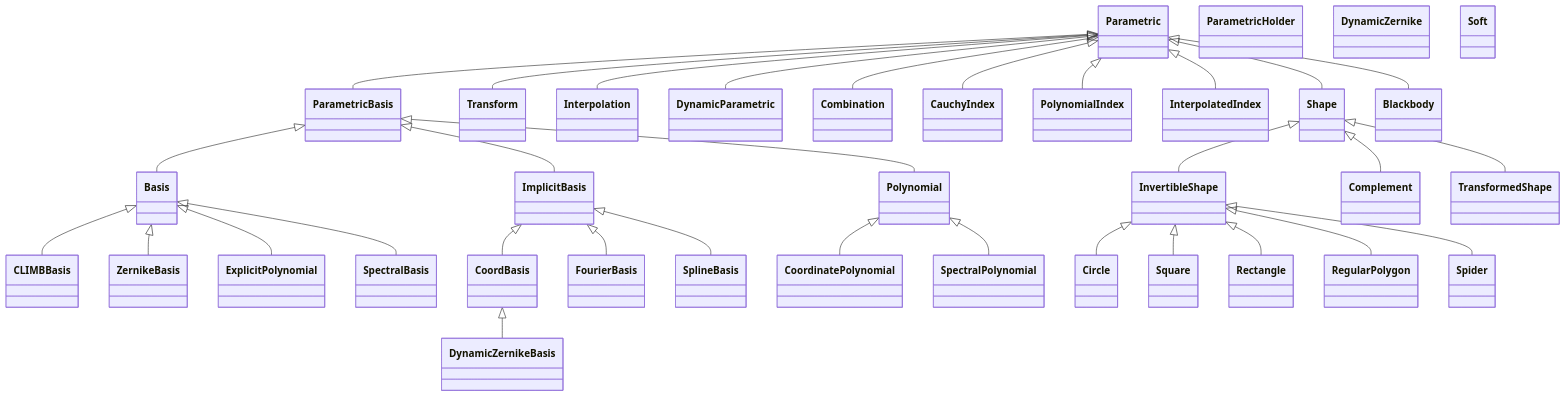
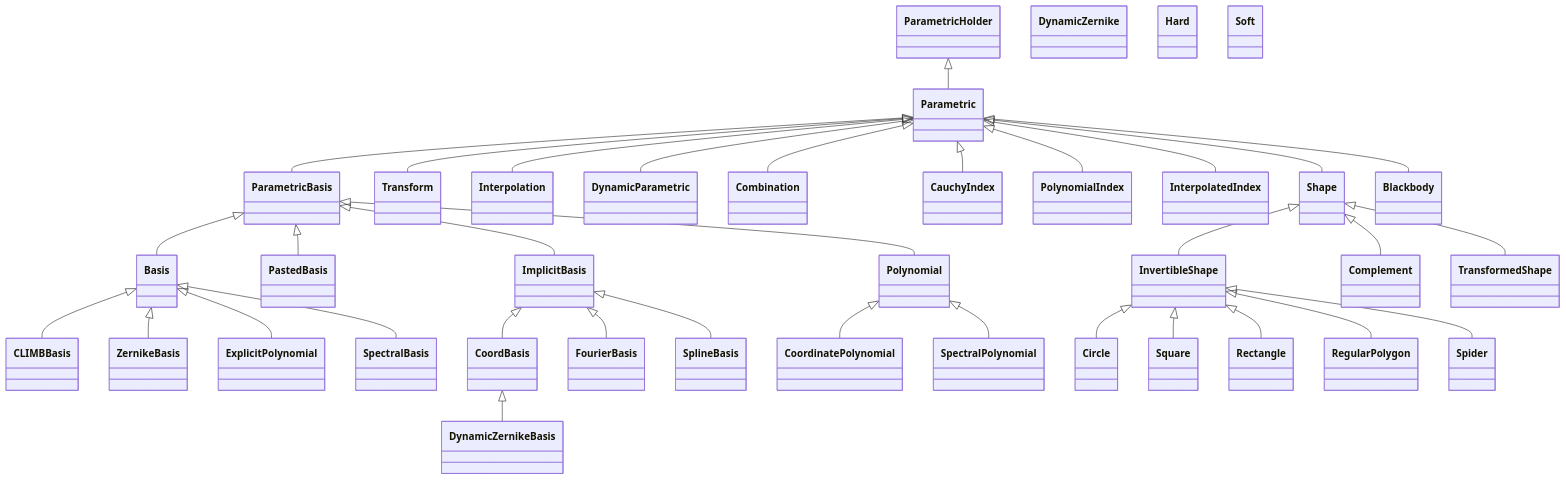
The diagram in docs/API/parametric/overview.md (LouisDesdoigts/dLux), drawn with Mermaid before and after one commit. The commit also changed 103 other files, not shown here.

```diff
--- a/docs/API/parametric/overview.md
+++ b/docs/API/parametric/overview.md
@@ -6,6 +6,7 @@
 classDiagram
     class dLux_parametric_bases_ParametricBasis["ParametricBasis"]
     class dLux_parametric_bases_Basis["Basis"]
+    class dLux_parametric_bases_PastedBasis["PastedBasis"]
     class dLux_parametric_bases_ImplicitBasis["ImplicitBasis"]
     class dLux_parametric_bases_CoordBasis["CoordBasis"]
     class dLux_parametric_bases_CLIMBBasis["CLIMBBasis"]
@@ -28,6 +29,7 @@
     class dLux_parametric_refractive_InterpolatedIndex["InterpolatedIndex"]
     class dLux_parametric_shapes_Shape["Shape"]
     class dLux_parametric_shapes_InvertibleShape["InvertibleShape"]
+    class dLux_parametric_shapes_Hard["Hard"]
     class dLux_parametric_shapes_Soft["Soft"]
     class dLux_parametric_shapes_Circle["Circle"]
     class dLux_parametric_shapes_Square["Square"]
@@ -40,19 +42,22 @@
     class dLux_parametric_spectral_SpectralBasis["SpectralBasis"]
     class dLux_parametric_spectral_Blackbody["Blackbody"]
     dLux_parametric_parametrics_Parametric <|-- dLux_parametric_bases_ParametricBasis
-    click dLux_parametric_bases_ParametricBasis href "../bases/#dLux.parametric.bases.ParametricBasis" "Attributes: coefficients, shape · Properties: coeffs, c, alpha, coefficient_shape · Methods: evaluate_basis(), solve_basis()"
+    click dLux_parametric_bases_ParametricBasis href "../bases/#dLux.parametric.bases.ParametricBasis" "Attributes: coeffs, shape · Properties: coefficients, c, alpha · Methods: evaluate_basis(), solve_basis()"
     dLux_parametric_bases_ParametricBasis <|-- dLux_parametric_bases_Basis
-    click dLux_parametric_bases_Basis href "../bases/#dLux.parametric.bases.Basis" "Attributes: coefficients, shape, basis · Methods: evaluate(), solve_basis()"
+    click dLux_parametric_bases_Basis href "../bases/#dLux.parametric.bases.Basis" "Attributes: coeffs, shape, basis · Methods: evaluate(), solve_basis()"
+    dLux_parametric_bases_ParametricBasis <|-- dLux_parametric_bases_PastedBasis
+    click dLux_parametric_bases_PastedBasis href "../bases/#dLux.parametric.bases.PastedBasis" "Attributes: coeffs, shape, basis, spec, method · Methods: evaluate(), solve_basis()"
     dLux_parametric_bases_ParametricBasis <|-- dLux_parametric_bases_ImplicitBasis
-    click dLux_parametric_bases_ImplicitBasis href "../bases/#dLux.parametric.bases.ImplicitBasis" "Attributes: coefficients, shape · Methods: calculate_basis(), evaluate(), solve_basis()"
+    click dLux_parametric_bases_ImplicitBasis href "../bases/#dLux.parametric.bases.ImplicitBasis" "Attributes: coeffs, shape · Methods: calculate_basis(), evaluate(), solve_basis()"
     dLux_parametric_bases_ImplicitBasis <|-- dLux_parametric_bases_CoordBasis
-    click dLux_parametric_bases_CoordBasis href "../bases/#dLux.parametric.bases.CoordBasis" "Attributes: coefficients, shape · Methods: get_coordinates()"
+    click dLux_parametric_bases_CoordBasis href "../bases/#dLux.parametric.bases.CoordBasis" "Attributes: coeffs, shape · Methods: get_coordinates()"
     dLux_parametric_bases_Basis <|-- dLux_parametric_bases_CLIMBBasis
-    click dLux_parametric_bases_CLIMBBasis href "../bases/#dLux.parametric.bases.CLIMBBasis" "Attributes: coefficients, shape, basis, values, oversample · Methods: evaluate_latent(), evaluate()"
+    click dLux_parametric_bases_CLIMBBasis href "../bases/#dLux.parametric.bases.CLIMBBasis" "Attributes: coeffs, shape, basis, values, oversample · Methods: evaluate_latent(), evaluate()"
     dLux_parametric_bases_ImplicitBasis <|-- dLux_parametric_bases_FourierBasis
-    click dLux_parametric_bases_FourierBasis href "../bases/#dLux.parametric.bases.FourierBasis" "Attributes: coefficients, shape, kernels · Methods: calculate_basis(), evaluate(), resize()"
+    click dLux_parametric_bases_FourierBasis href "../bases/#dLux.parametric.bases.FourierBasis" "Attributes: coeffs, shape, kernels · Methods: calculate_basis(), evaluate(), resize()"
     dLux_parametric_bases_ImplicitBasis <|-- dLux_parametric_bases_SplineBasis
-    click dLux_parametric_bases_SplineBasis href "../bases/#dLux.parametric.bases.SplineBasis" "Attributes: coefficients, shape, knot_coords, sample_coords, method · Methods: calculate_basis(), evaluate()"
+    click dLux_parametric_bases_SplineBasis href "../bases/#dLux.parametric.bases.SplineBasis" "Attributes: coeffs, shape, knot_coords, sample_coords, method · Methods: calculate_basis(), evaluate()"
+    dLux_parametric_parametrics_ParametricHolder <|-- dLux_parametric_parametrics_Parametric
     click dLux_parametric_parametrics_Parametric href "../parametrics/#dLux.parametric.parametrics.Parametric" "Methods: evaluate(), map(), integrate()"
     click dLux_parametric_parametrics_ParametricHolder href "../parametrics/#dLux.parametric.parametrics.ParametricHolder" "Methods: resolve()"
     dLux_parametric_parametrics_Parametric <|-- dLux_parametric_parametrics_Transform
@@ -65,25 +70,26 @@
     click dLux_parametric_parametrics_Combination href "../parametrics/#dLux.parametric.parametrics.Combination" "Attributes: parametrics, operation · Methods: validate_operation(), combine(), values(), evaluate()"
     click dLux_parametric_polynomials_DynamicZernike href "../polynomials/#dLux.parametric.polynomials.DynamicZernike" "Attributes: j, n, m, name, _c, _k · Methods: calculate()"
     dLux_parametric_bases_Basis <|-- dLux_parametric_polynomials_ZernikeBasis
-    click dLux_parametric_polynomials_ZernikeBasis href "../polynomials/#dLux.parametric.polynomials.ZernikeBasis" "Attributes: coefficients, shape, basis"
+    click dLux_parametric_polynomials_ZernikeBasis href "../polynomials/#dLux.parametric.polynomials.ZernikeBasis" "Attributes: coeffs, shape, basis"
     dLux_parametric_bases_CoordBasis <|-- dLux_parametric_polynomials_DynamicZernikeBasis
-    click dLux_parametric_polynomials_DynamicZernikeBasis href "../polynomials/#dLux.parametric.polynomials.DynamicZernikeBasis" "Attributes: coefficients, shape, zernikes, nsides, diameter · Methods: calculate_basis()"
+    click dLux_parametric_polynomials_DynamicZernikeBasis href "../polynomials/#dLux.parametric.polynomials.DynamicZernikeBasis" "Attributes: coeffs, shape, zernikes, nsides, diameter · Methods: calculate_basis()"
     dLux_parametric_bases_ParametricBasis <|-- dLux_parametric_polynomials_Polynomial
-    click dLux_parametric_polynomials_Polynomial href "../polynomials/#dLux.parametric.polynomials.Polynomial" "Attributes: coefficients, shape, powers · Methods: calculate_basis(), evaluate(), solve_basis()"
+    click dLux_parametric_polynomials_Polynomial href "../polynomials/#dLux.parametric.polynomials.Polynomial" "Attributes: coeffs, shape, powers · Methods: calculate_basis(), evaluate(), solve_basis()"
     dLux_parametric_bases_Basis <|-- dLux_parametric_polynomials_ExplicitPolynomial
-    click dLux_parametric_polynomials_ExplicitPolynomial href "../polynomials/#dLux.parametric.polynomials.ExplicitPolynomial" "Attributes: coefficients, shape, basis, powers"
+    click dLux_parametric_polynomials_ExplicitPolynomial href "../polynomials/#dLux.parametric.polynomials.ExplicitPolynomial" "Attributes: coeffs, shape, basis, powers"
     dLux_parametric_polynomials_Polynomial <|-- dLux_parametric_polynomials_CoordinatePolynomial
-    click dLux_parametric_polynomials_CoordinatePolynomial href "../polynomials/#dLux.parametric.polynomials.CoordinatePolynomial" "Attributes: coefficients, shape, powers, ndim · Methods: calculate_basis()"
+    click dLux_parametric_polynomials_CoordinatePolynomial href "../polynomials/#dLux.parametric.polynomials.CoordinatePolynomial" "Attributes: coeffs, shape, powers, ndim · Methods: calculate_basis()"
     dLux_parametric_parametrics_Parametric <|-- dLux_parametric_refractive_CauchyIndex
-    click dLux_parametric_refractive_CauchyIndex href "../refractive/#dLux.parametric.refractive.CauchyIndex" "Attributes: coefficients, scale · Methods: evaluate()"
+    click dLux_parametric_refractive_CauchyIndex href "../refractive/#dLux.parametric.refractive.CauchyIndex" "Attributes: coeffs, scale · Properties: coefficients · Methods: evaluate()"
     dLux_parametric_parametrics_Parametric <|-- dLux_parametric_refractive_PolynomialIndex
-    click dLux_parametric_refractive_PolynomialIndex href "../refractive/#dLux.parametric.refractive.PolynomialIndex" "Attributes: coefficients, scale · Methods: evaluate()"
+    click dLux_parametric_refractive_PolynomialIndex href "../refractive/#dLux.parametric.refractive.PolynomialIndex" "Attributes: coeffs, scale · Properties: coefficients · Methods: evaluate()"
     dLux_parametric_parametrics_Parametric <|-- dLux_parametric_refractive_InterpolatedIndex
     click dLux_parametric_refractive_InterpolatedIndex href "../refractive/#dLux.parametric.refractive.InterpolatedIndex" "Attributes: wavelengths, indices, method, extrapolate · Methods: evaluate()"
     dLux_parametric_parametrics_Parametric <|-- dLux_parametric_shapes_Shape
     click dLux_parametric_shapes_Shape href "../shapes/#dLux.parametric.shapes.Shape" "Properties: extent"
     dLux_parametric_shapes_Shape <|-- dLux_parametric_shapes_InvertibleShape
     click dLux_parametric_shapes_InvertibleShape href "../shapes/#dLux.parametric.shapes.InvertibleShape" "Attributes: edge, invert · Methods: evaluate(), evaluate_hard(), evaluate_soft()"
+    click dLux_parametric_shapes_Hard href "../shapes/#dLux.parametric.shapes.Hard" "No direct public attributes or methods"
     click dLux_parametric_shapes_Soft href "../shapes/#dLux.parametric.shapes.Soft" "Attributes: pixels · Methods: clip()"
     dLux_parametric_shapes_InvertibleShape <|-- dLux_parametric_shapes_Circle
     click dLux_parametric_shapes_Circle href "../shapes/#dLux.parametric.shapes.Circle" "Attributes: diameter · Properties: extent · Methods: evaluate_hard(), evaluate_soft()"
```
